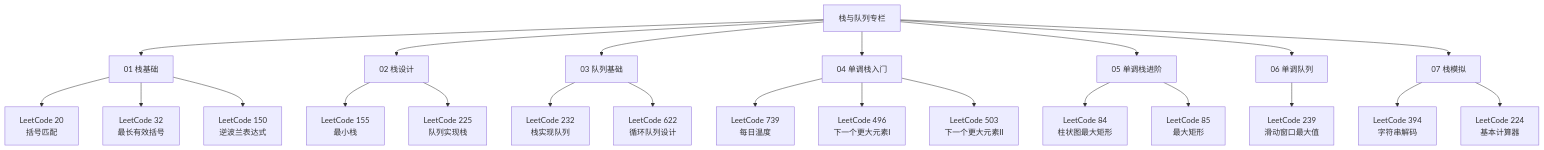
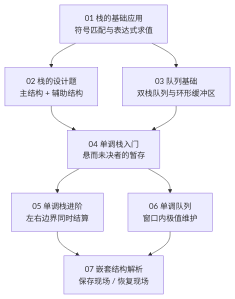
The diagram in content/数据结构与算法/栈与队列/00 专栏导览.md (hpliStartAgain/my-brain), drawn with Mermaid before and after one commit. The commit also changed other lines of this file and 72 other files, not shown here.

````diff
--- a/content/数据结构与算法/栈与队列/00 专栏导览.md
+++ b/content/数据结构与算法/栈与队列/00 专栏导览.md
@@ -48,32 +46,12 @@
 ```mermaid
-graph TD
-    A["栈与队列专栏"] --> B["01 栈基础"]
-    A --> C["02 栈设计"]
-    A --> D["03 队列基础"]
-    A --> E["04 单调栈入门"]
-    A --> F["05 单调栈进阶"]
-    A --> G["06 单调队列"]
-    A --> H["07 栈模拟"]
-
-    B --> B1["LeetCode 20<br/>括号匹配"]
-    B --> B2["LeetCode 32<br/>最长有效括号"]
-    B --> B3["LeetCode 150<br/>逆波兰表达式"]
-
-    C --> C1["LeetCode 155<br/>最小栈"]
-    C --> C2["LeetCode 225<br/>队列实现栈"]
-
-    D --> D1["LeetCode 232<br/>栈实现队列"]
-    D --> D2["LeetCode 622<br/>循环队列设计"]
-
-    E --> E1["LeetCode 739<br/>每日温度"]
-    E --> E2["LeetCode 496<br/>下一个更大元素I"]
-    E --> E3["LeetCode 503<br/>下一个更大元素II"]
-
-    F --> F1["LeetCode 84<br/>柱状图最大矩形"]
-    F --> F2["LeetCode 85<br/>最大矩形"]
-
-    G --> G1["LeetCode 239<br/>滑动窗口最大值"]
-
-    H --> H1["LeetCode 394<br/>字符串解码"]
-    H --> H2["LeetCode 224<br/>基本计算器"]
+%%{init: {'theme': 'dracula'}}%%
+flowchart TD
+    A["01 栈的基础应用<br/>符号匹配与表达式求值"] --> B["02 栈的设计题<br/>主结构 + 辅助结构"]
+    A --> C["03 队列基础<br/>双栈队列与环形缓冲区"]
+    B --> D["04 单调栈入门<br/>悬而未决者的暂存"]
+    C --> D
+    D --> E["05 单调栈进阶<br/>左右边界同时结算"]
+    D --> F["06 单调队列<br/>窗口内极值维护"]
+    E --> G["07 嵌套结构解析<br/>保存现场 / 恢复现场"]
+    F --> G
 ```
````
